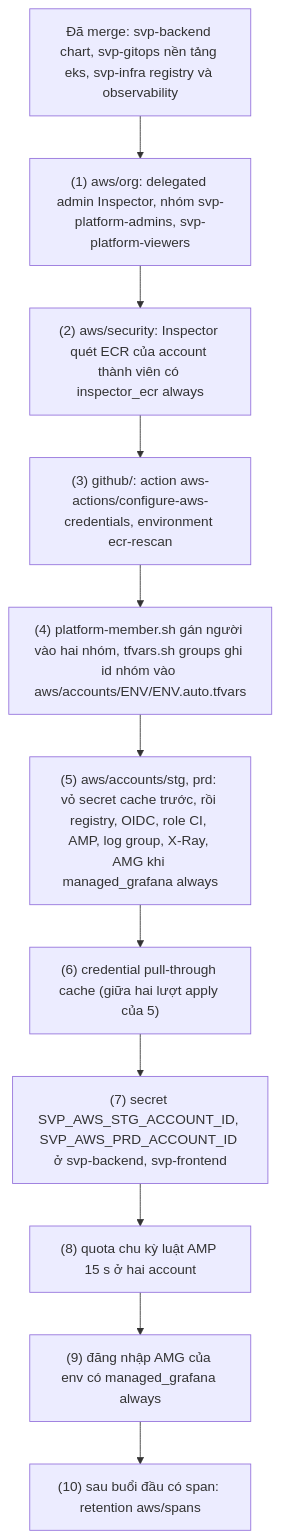
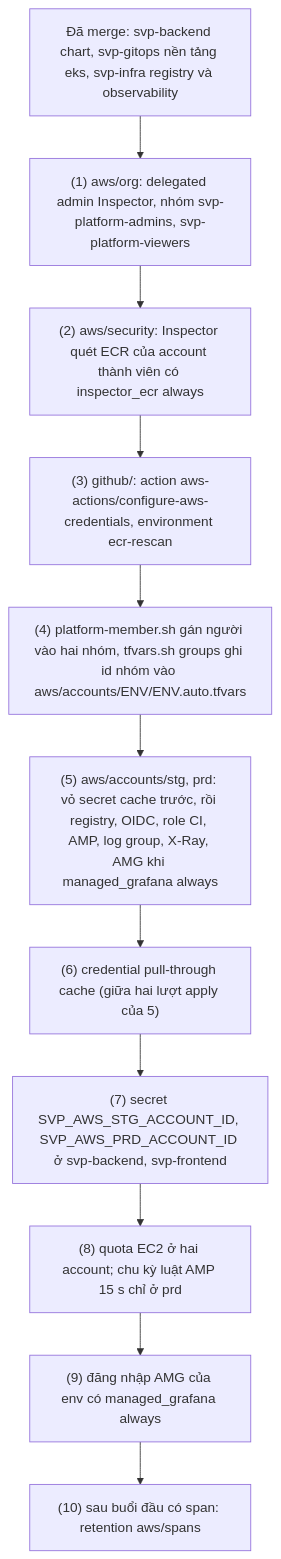
Before and after one commit to anhnvcoder/svp-infra: the diagram in docs/runbooks/platform-setup.md, drawn with Mermaid. The commit also changed other lines of this file and 5 other files, not shown here.

First line of the commit message:
feat(preflight): stg needs the default AMP rule interval (30 s), prd 15 s (#66)

````diff
--- a/docs/runbooks/platform-setup.md
+++ b/docs/runbooks/platform-setup.md
@@ -56,14 +56,14 @@
 ```mermaid
 flowchart TD
   M["Đã merge: svp-backend chart, svp-gitops nền tảng eks, svp-infra registry và observability"] --> B1
   B1["(1) aws/org: delegated admin Inspector, nhóm svp-platform-admins, svp-platform-viewers"] --> B2
   B2["(2) aws/security: Inspector quét ECR của account thành viên có inspector_ecr always"] --> B3
   B3["(3) github/: action aws-actions/configure-aws-credentials, environment ecr-rescan"] --> B4
   B4["(4) platform-member.sh gán người vào hai nhóm, tfvars.sh groups ghi id nhóm vào aws/accounts/ENV/ENV.auto.tfvars"] --> B5
   B5["(5) aws/accounts/stg, prd: vỏ secret cache trước, rồi registry, OIDC, role CI, AMP, log group, X-Ray, AMG khi managed_grafana always"] --> B6
   B6["(6) credential pull-through cache (giữa hai lượt apply của 5)"] --> B7
   B7["(7) secret SVP_AWS_STG_ACCOUNT_ID, SVP_AWS_PRD_ACCOUNT_ID ở svp-backend, svp-frontend"] --> B8
-  B8["(8) quota chu kỳ luật AMP 15 s ở hai account"] --> B9
+  B8["(8) quota EC2 ở hai account; chu kỳ luật AMP 15 s chỉ ở prd"] --> B9
   B9["(9) đăng nhập AMG của env có managed_grafana always"] --> B10
   B10["(10) sau buổi đầu có span: retention aws/spans"]
 ```
````
